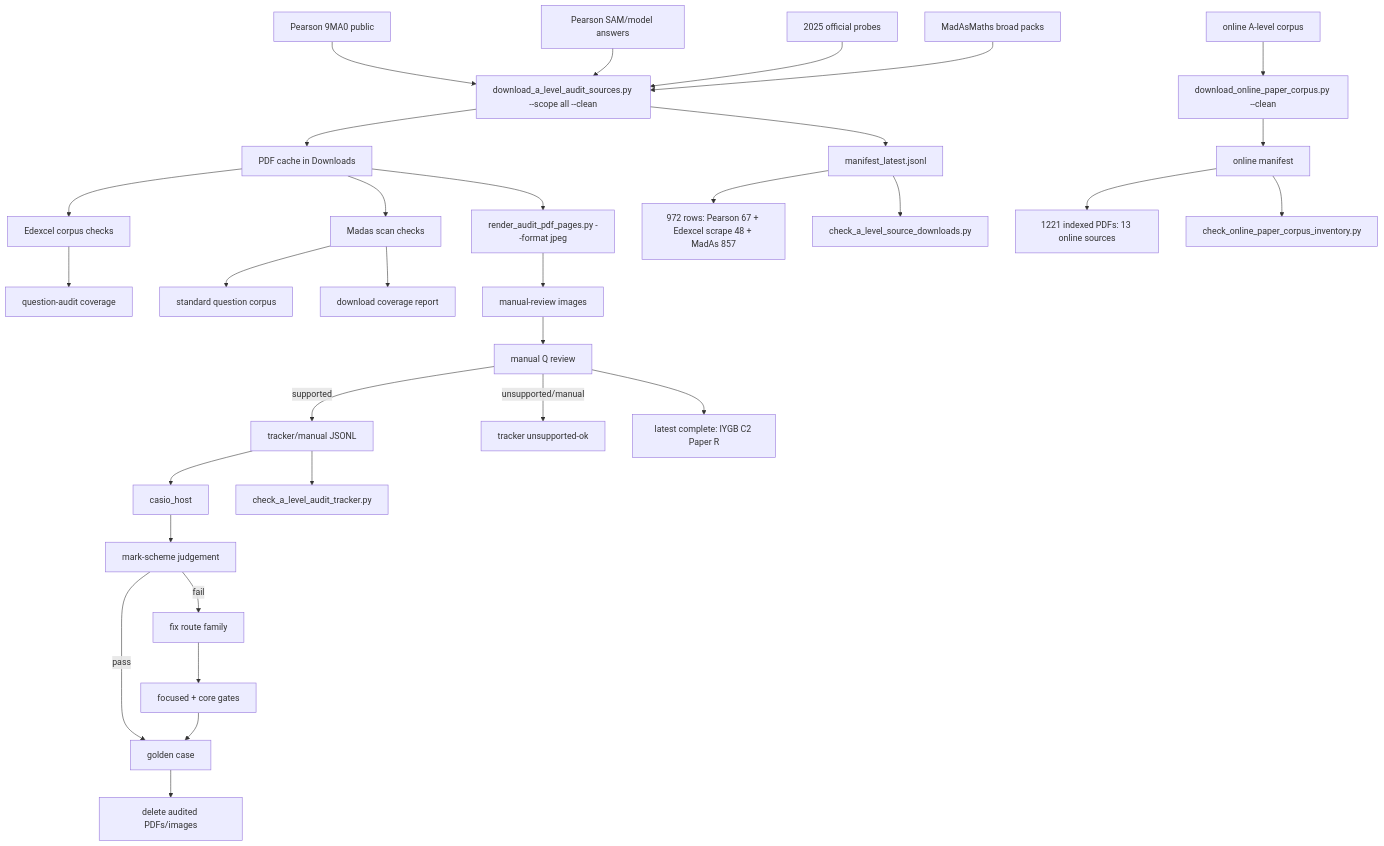
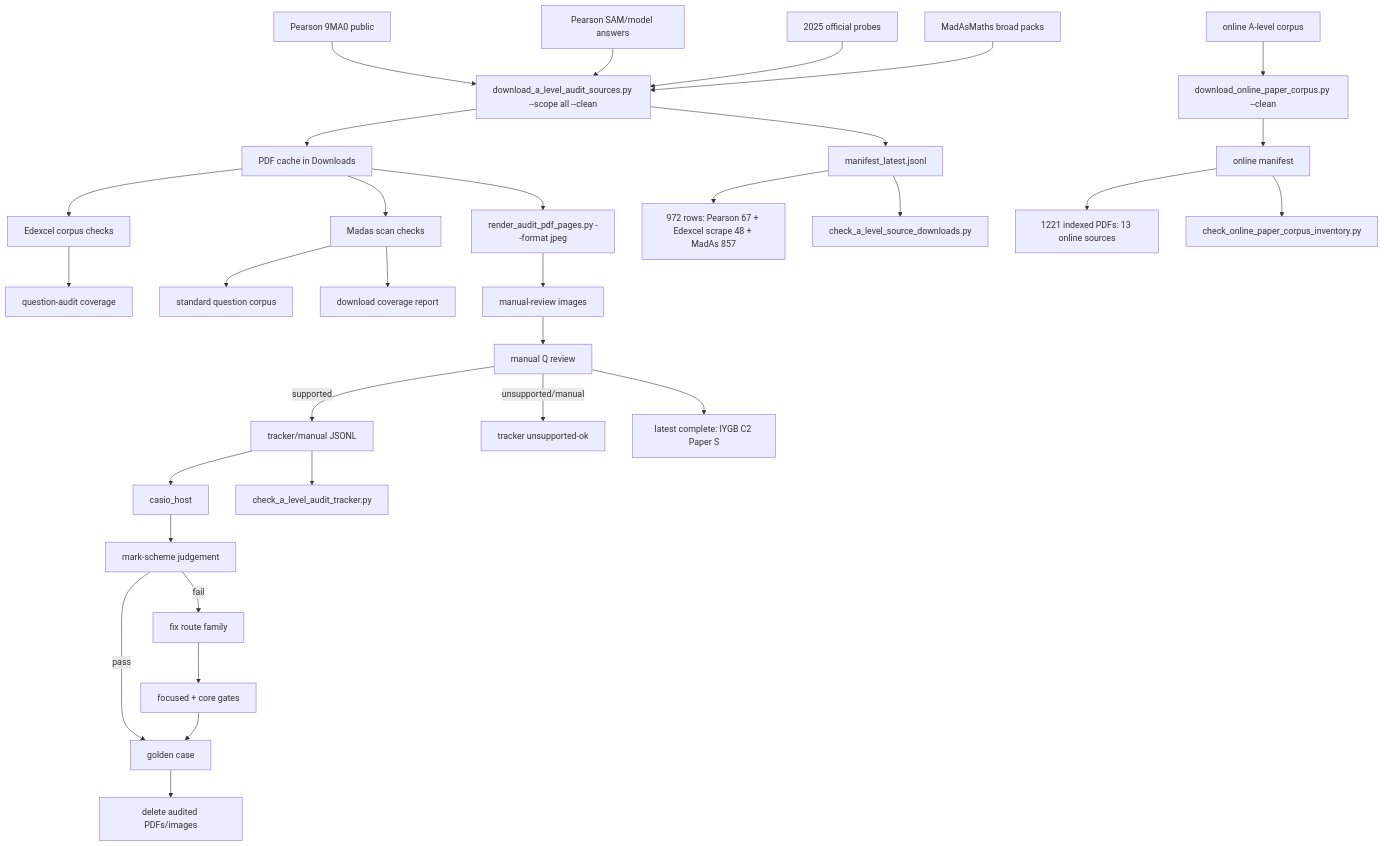
The diagram in c++/tools/golden/a_level_audit_graph.md (james8464/notes-addin-casio-fx-cg50), drawn with Mermaid before and after one commit. The commit also changed other lines of this file and 2 other files, not shown here.

Commit message:
Audit IYGB C2 Paper S

````diff
--- a/c++/tools/golden/a_level_audit_graph.md
+++ b/c++/tools/golden/a_level_audit_graph.md
@@ -3,34 +3,34 @@
 ```mermaid
 graph TD
   E1["Pearson 9MA0 public"] --> D["download_a_level_audit_sources.py --scope all --clean"]
   E2["Pearson SAM/model answers"] --> D
   E3["2025 official probes"] --> D
   M1["MadAsMaths broad packs"] --> D
   O1["online A-level corpus"] --> OD["download_online_paper_corpus.py --clean"]
   D --> P["PDF cache in Downloads"]
   D --> X["manifest_latest.jsonl"]
   OD --> OX["online manifest"]
   X --> XC["972 rows: Pearson 67 + Edexcel scrape 48 + MadAs 857"]
   OX --> OC["1221 indexed PDFs: 13 online sources"]
   X --> V["check_a_level_source_downloads.py"]
   OX --> OV["check_online_paper_corpus_inventory.py"]
   P --> E["Edexcel corpus checks"]
   E --> EQ["question-audit coverage"]
   P --> S["Madas scan checks"]
   S --> M["standard question corpus"]
   S --> MC["download coverage report"]
   P --> R["render_audit_pdf_pages.py --format jpeg"]
   R --> I["manual-review images"]
   I --> Q["manual Q review"]
   Q -->|supported| J["tracker/manual JSONL"]
   Q -->|unsupported/manual| U["tracker unsupported-ok"]
   J --> H["casio_host"]
   J --> K["check_a_level_audit_tracker.py"]
   H --> C["mark-scheme judgement"]
   C -->|pass| G["golden case"]
   C -->|fail| F["fix route family"]
   F --> T["focused + core gates"]
   T --> G
   G --> Z["delete audited PDFs/images"]
-  Q --> Qt["latest complete: IYGB C2 Paper R"]
+  Q --> Qt["latest complete: IYGB C2 Paper S"]
 ```
````
